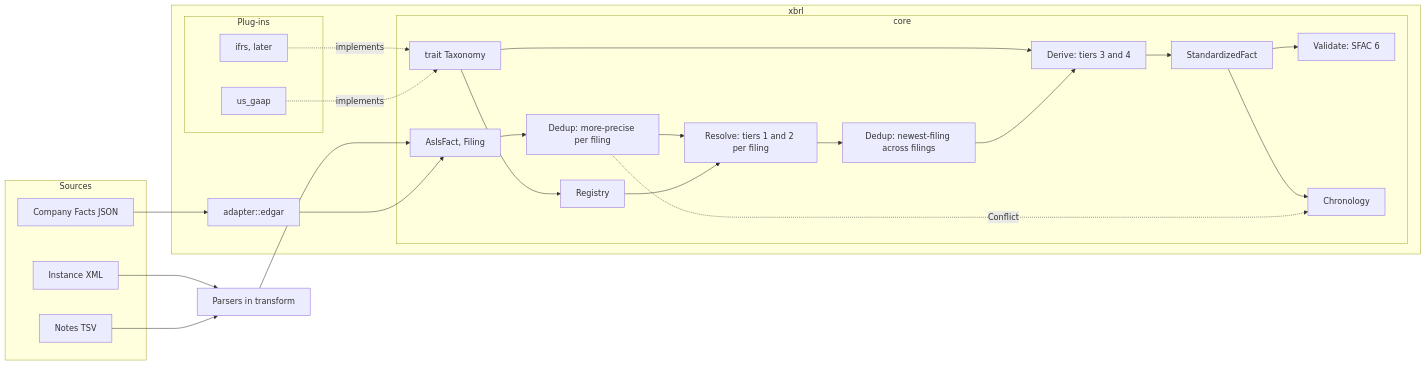
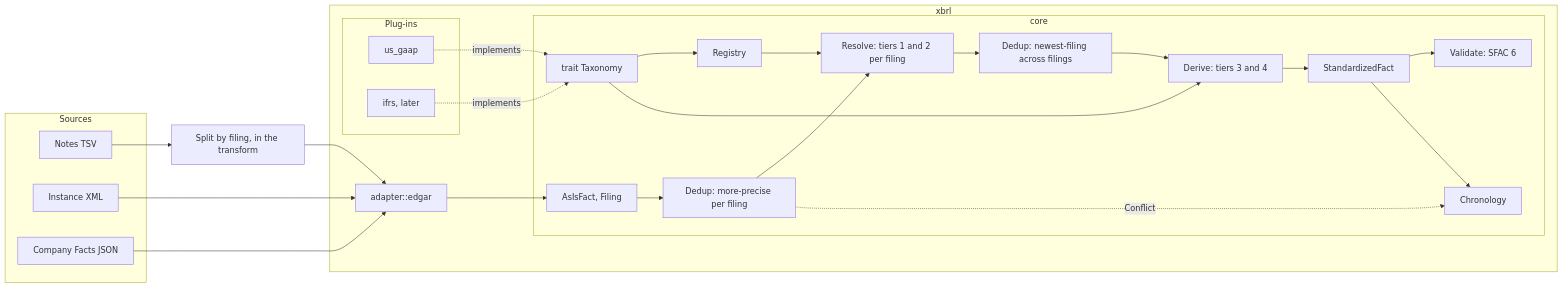
One commit to ironcapitaleu/arkad changed the first of 2 diagrams in xbrl/DESIGN.md. Above: the diagram before and after it, drawn with Mermaid. The commit also changed other lines of this file, not shown here.

First line of the commit message:
doc(xbrl): place the Notes and instance parsers in adapter::edgar

````diff
--- a/xbrl/DESIGN.md
+++ b/xbrl/DESIGN.md
@@ -73,38 +75,38 @@
 ```mermaid
 flowchart LR
   subgraph Sources
     N[Notes TSV]
     I[Instance XML]
     J[Company Facts JSON]
   end
   subgraph xbrl
     subgraph core
       A[AsIsFact, Filing]
       T[trait Taxonomy]
       R[Registry]
       D1[Dedup: more-precise per filing]
       RES[Resolve: tiers 1 and 2 per filing]
       D2[Dedup: newest-filing across filings]
       DER[Derive: tiers 3 and 4]
       V[Validate: SFAC 6]
       C[Chronology]
       S[StandardizedFact]
     end
     subgraph plugins[Plug-ins]
       U[us_gaap]
       F[ifrs, later]
     end
     SA[adapter::edgar]
   end
+  N --> SPL[Split by filing, in the transform] --> SA
+  I --> SA
   J --> SA --> A
-  N --> P[Parsers in transform] --> A
-  I --> P
   U -. implements .-> T
   F -. implements .-> T
   T --> R --> RES
   A --> D1 --> RES --> D2 --> DER --> S
   D1 -. Conflict .-> C
   T --> DER
   S --> V
   S --> C
 ```
````
